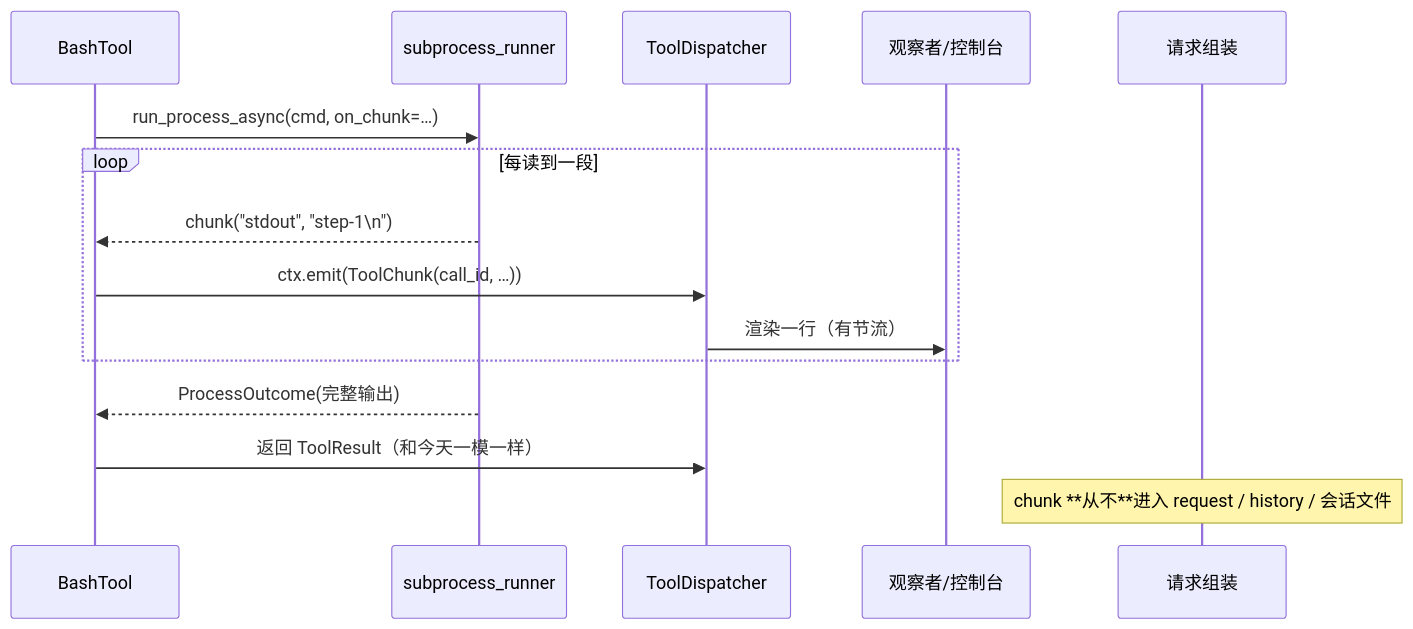
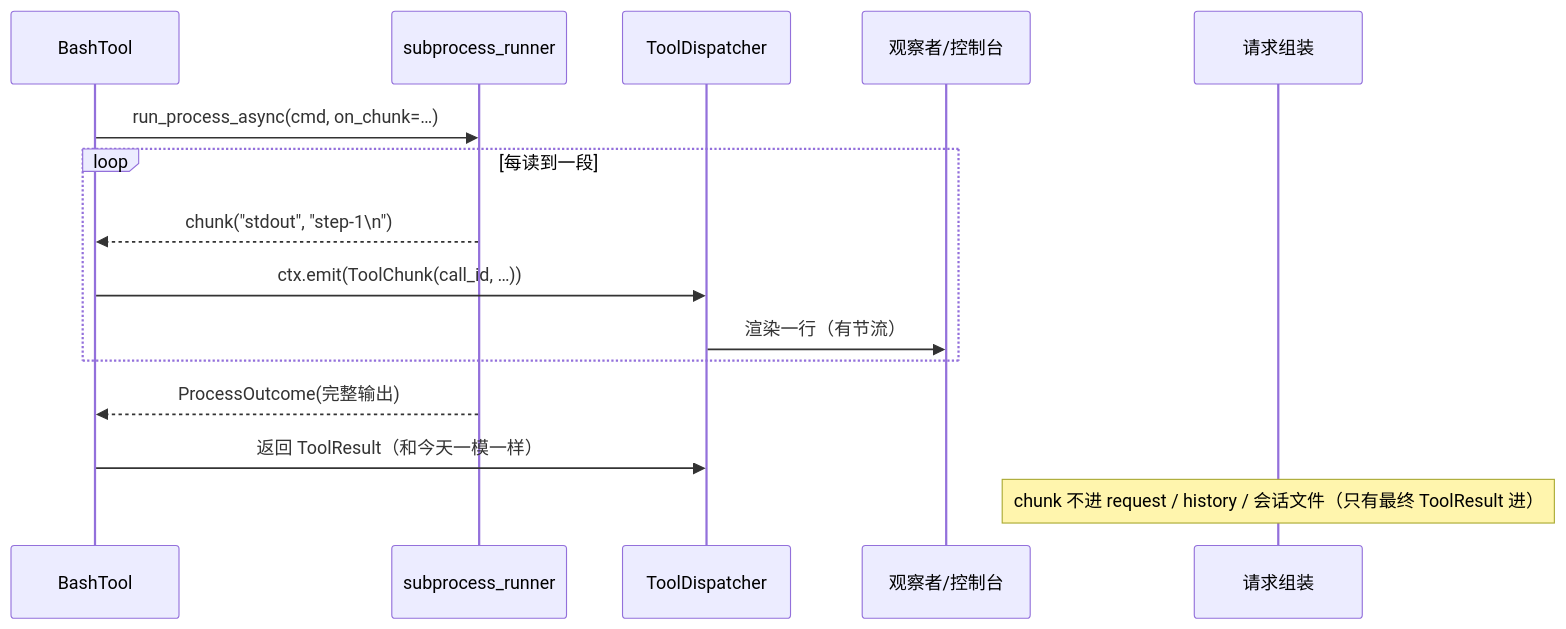
Before and after one commit to linsir2/ai-coding: the second of 3 diagrams in docs/r8-analysis.md, drawn with Mermaid. The commit also changed other lines of this file, not shown here.

````diff
--- a/docs/r8-analysis.md
+++ b/docs/r8-analysis.md
@@ -238,17 +315,17 @@
 ```mermaid
 sequenceDiagram
     participant Tool as BashTool
     participant Run as subprocess_runner
     participant Disp as ToolDispatcher
     participant O as 观察者/控制台
     participant Req as 请求组装
     Tool->>Run: run_process_async(cmd, on_chunk=…)
     loop 每读到一段
         Run-->>Tool: chunk("stdout", "step-1\n")
         Tool->>Disp: ctx.emit(ToolChunk(call_id, …))
         Disp->>O: 渲染一行（有节流）
     end
     Run-->>Tool: ProcessOutcome(完整输出)
     Tool->>Disp: 返回 ToolResult（和今天一模一样）
-    Note over Req: chunk **从不**进入 request / history / 会话文件
+    Note over Req: chunk 不进 request / history / 会话文件（只有最终 ToolResult 进）
 ```
````
